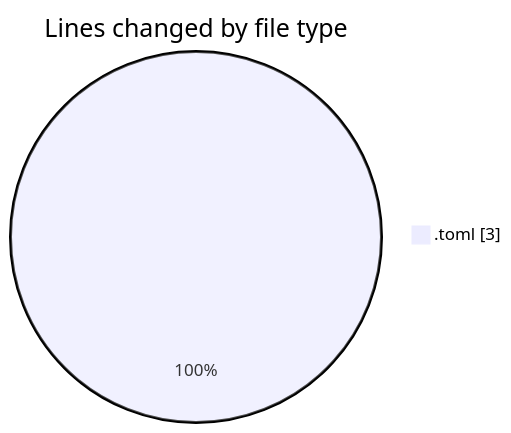
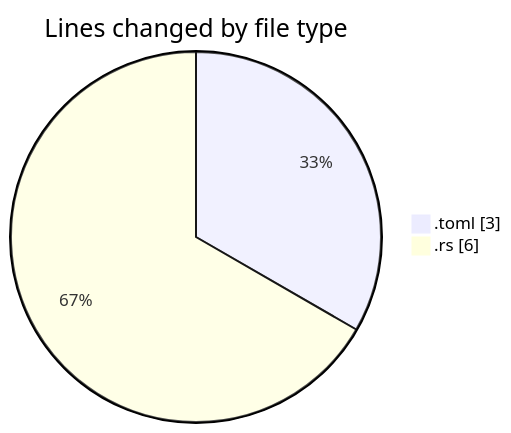
The first of 2 diagrams in 2025-05-06/hello_world/README.md (Netris89/code-tracking), drawn with Mermaid before and after one commit. The commit also changed other lines of this file and 1 other file, not shown here.

````diff
--- a/2025-05-06/hello_world/README.md
+++ b/2025-05-06/hello_world/README.md
@@ -20,5 +21,6 @@
 ```mermaid
 pie showData
 title Lines changed by file type
 ".toml" : 3
+".rs" : 6
 ```
````
